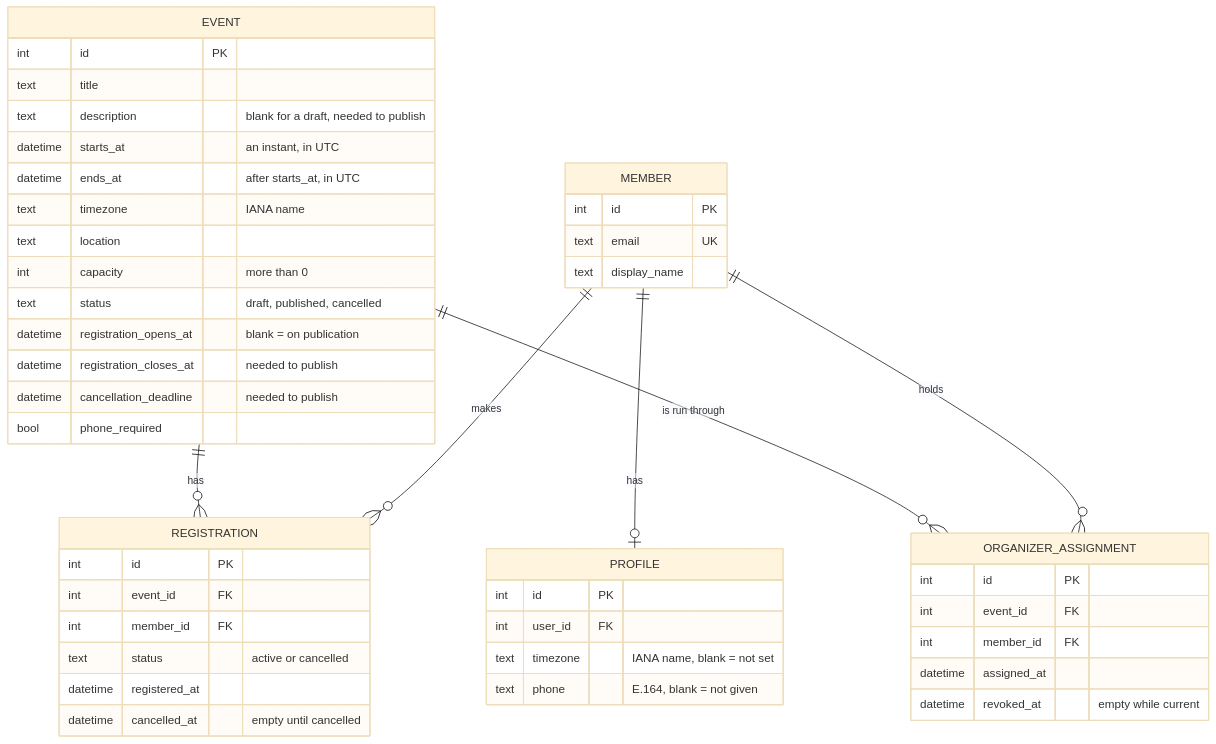
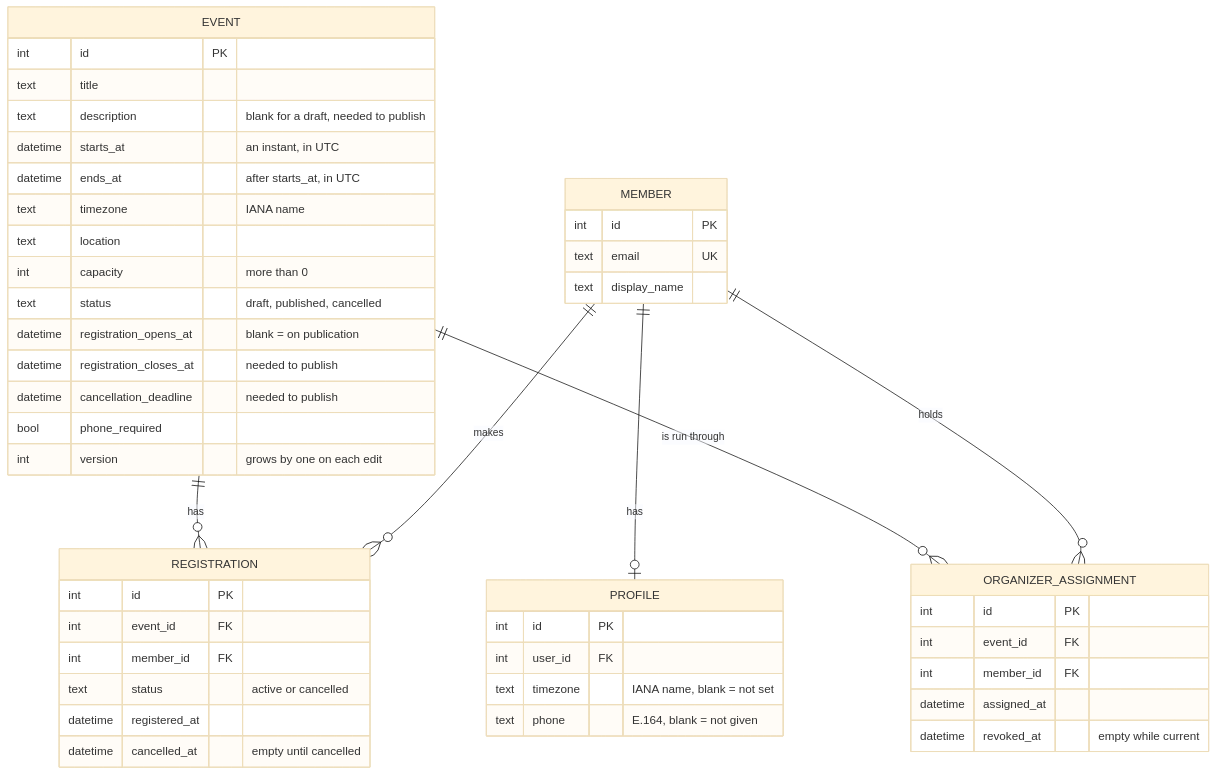
Before and after one commit to SamChawla/otahque-web-book: the diagram in app/docs/design/erd.md, drawn with Mermaid (base theme). The commit also changed other lines of this file and 360 other files, not shown here.

```diff
--- a/app/docs/design/erd.md
+++ b/app/docs/design/erd.md
@@ -9,49 +11,50 @@
 ~~~mermaid
 erDiagram
     MEMBER ||--o{ REGISTRATION : "makes"
     EVENT ||--o{ REGISTRATION : "has"
     MEMBER ||--o{ ORGANIZER_ASSIGNMENT : "holds"
     EVENT ||--o{ ORGANIZER_ASSIGNMENT : "is run through"
     MEMBER ||--o| PROFILE : "has"
     MEMBER {
         int id PK
         text email UK
         text display_name
     }
     PROFILE {
         int id PK
         int user_id FK
         text timezone "IANA name, blank = not set"
         text phone "E.164, blank = not given"
     }
     EVENT {
         int id PK
         text title
         text description "blank for a draft, needed to publish"
         datetime starts_at "an instant, in UTC"
         datetime ends_at "after starts_at, in UTC"
         text timezone "IANA name"
         text location
         int capacity "more than 0"
         text status "draft, published, cancelled"
         datetime registration_opens_at "blank = on publication"
         datetime registration_closes_at "needed to publish"
         datetime cancellation_deadline "needed to publish"
         bool phone_required
+        int version "grows by one on each edit"
     }
     REGISTRATION {
         int id PK
         int event_id FK
         int member_id FK
         text status "active or cancelled"
         datetime registered_at
         datetime cancelled_at "empty until cancelled"
     }
     ORGANIZER_ASSIGNMENT {
         int id PK
         int event_id FK
         int member_id FK
         datetime assigned_at
         datetime revoked_at "empty while current"
     }
 ~~~
```
